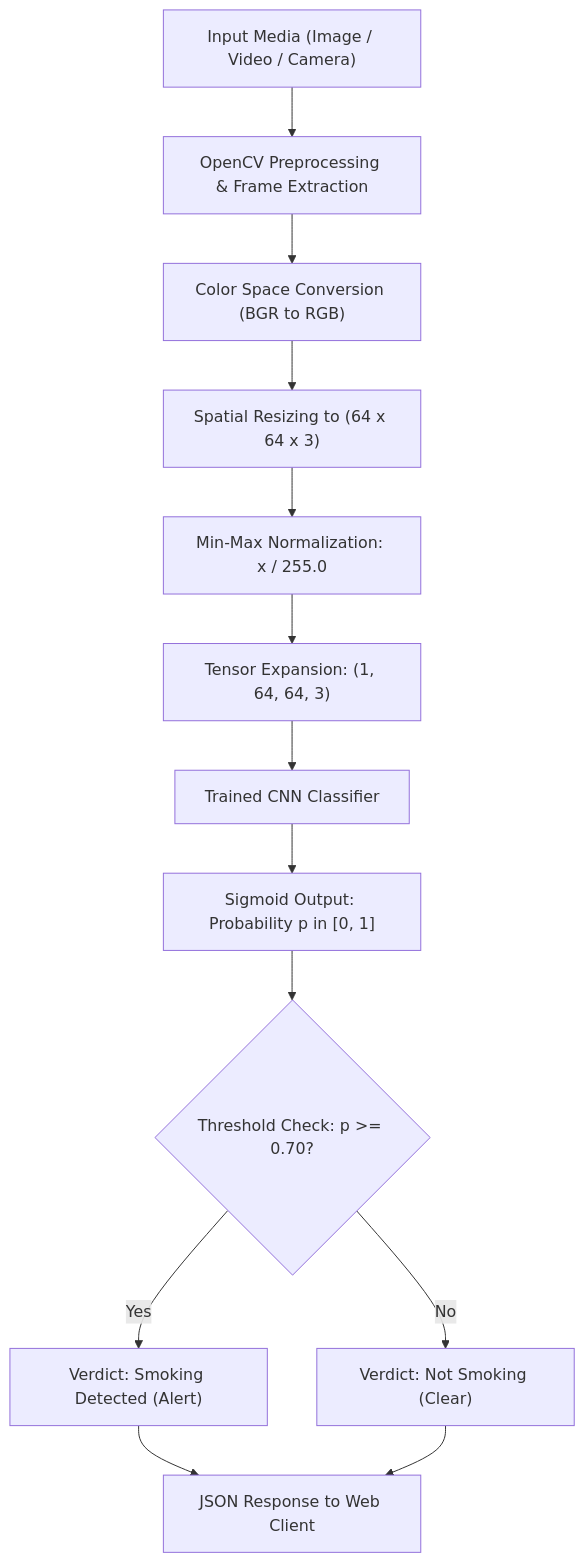
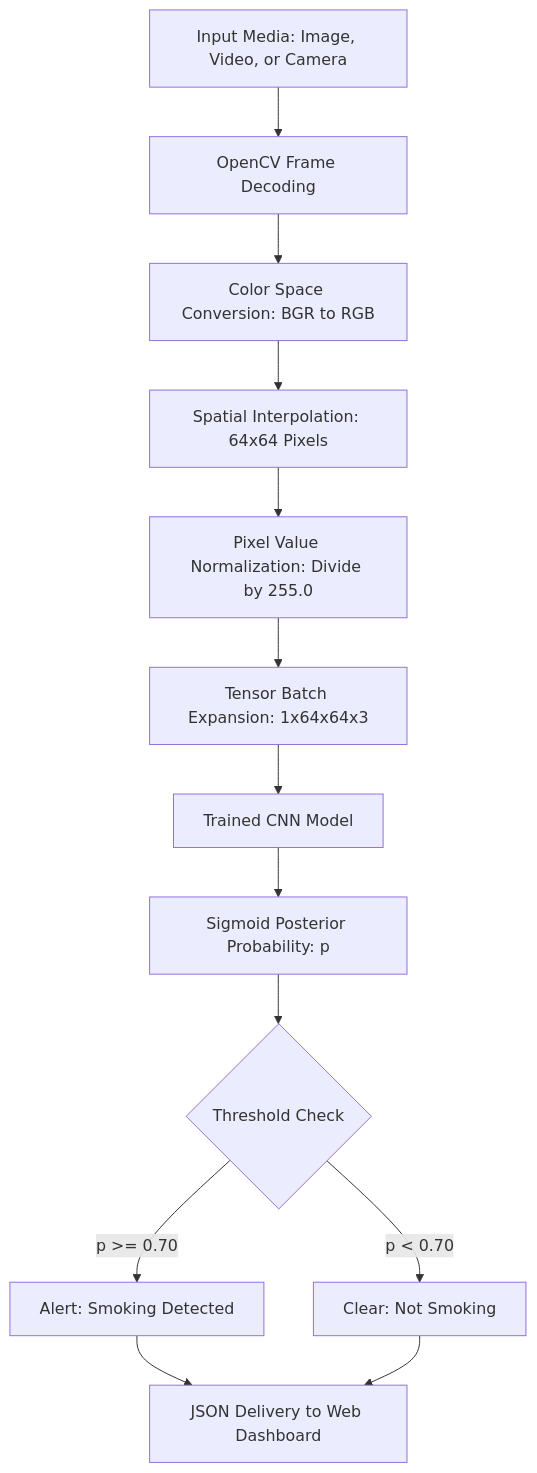
One commit to AsifQamar/Smoking-detection-using-machine-learning changed the diagram in README.md. Above: the diagram before and after it, drawn with Mermaid. The commit also changed other lines of this file, not shown here.

Commit message:
docs: update README with detailed architecture, mathematical foundations, and evaluation metrics

````diff
--- a/README.md
+++ b/README.md
@@ -54,15 +54,15 @@
 ```mermaid
 flowchart TD
-    A["Input Media (Image / Video / Camera)"] --> B["OpenCV Preprocessing & Frame Extraction"]
-    B --> C["Color Space Conversion (BGR to RGB)"]
-    C --> D["Spatial Resizing to (64 x 64 x 3)"]
-    D --> E["Min-Max Normalization: x / 255.0"]
-    E --> F["Tensor Expansion: (1, 64, 64, 3)"]
-    F --> G["Trained CNN Classifier"]
-    G --> H["Sigmoid Output: Probability p in [0, 1]"]
-    H --> I{"Threshold Check: p >= 0.70?"}
-    I -- "Yes" --> J["Verdict: Smoking Detected (Alert)"]
-    I -- "No" --> K["Verdict: Not Smoking (Clear)"]
-    J --> L["JSON Response to Web Client"]
-    K --> L["JSON Response to Web Client"]
+    A[Input Media: Image, Video, or Camera] --> B[OpenCV Frame Decoding]
+    B --> C[Color Space Conversion: BGR to RGB]
+    C --> D[Spatial Interpolation: 64x64 Pixels]
+    D --> E[Pixel Value Normalization: Divide by 255.0]
+    E --> F[Tensor Batch Expansion: 1x64x64x3]
+    F --> G[Trained CNN Model]
+    G --> H[Sigmoid Posterior Probability: p]
+    H --> I{Threshold Check}
+    I -->|p >= 0.70| J[Alert: Smoking Detected]
+    I -->|p < 0.70| K[Clear: Not Smoking]
+    J --> L[JSON Delivery to Web Dashboard]
+    K --> L[JSON Delivery to Web Dashboard]
 ```
````
